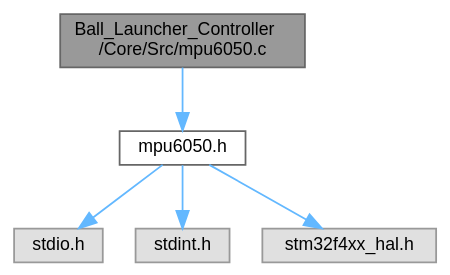
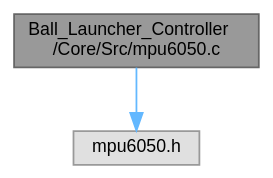
One commit to vvinhvvo98/Basketball-Launcher changed the diagram in docs/mpu6050_8c__incl.dot. Above: the diagram before and after it, drawn with Graphviz. The commit also changed 119 other files, not shown here.

```diff
--- a/docs/mpu6050_8c__incl.dot
+++ b/docs/mpu6050_8c__incl.dot
@@ -1,16 +1,10 @@
 digraph "Ball_Launcher_Controller/Core/Src/mpu6050.c"
 {
  // LATEX_PDF_SIZE
   bgcolor="transparent";
   edge [fontname=Helvetica,fontsize=10,labelfontname=Helvetica,labelfontsize=10];
   node [fontname=Helvetica,fontsize=10,shape=box,height=0.2,width=0.4];
   Node1 [id="Node000001",label="Ball_Launcher_Controller\l/Core/Src/mpu6050.c",height=0.2,width=0.4,color="gray40", fillcolor="grey60", style="filled", fontcolor="black",tooltip="Implementation of mpu6050 sensor functions."];
   Node1 -> Node2 [id="edge1_Node000001_Node000002",color="steelblue1",style="solid",tooltip=" "];
-  Node2 [id="Node000002",label="mpu6050.h",height=0.2,width=0.4,color="grey40", fillcolor="white", style="filled",URL="$mpu6050_8h.html",tooltip="Header for mpu6050.c file. This file contains the common defines of the application."];
-  Node2 -> Node3 [id="edge2_Node000002_Node000003",color="steelblue1",style="solid",tooltip=" "];
-  Node3 [id="Node000003",label="stdio.h",height=0.2,width=0.4,color="grey60", fillcolor="#E0E0E0", style="filled",tooltip=" "];
-  Node2 -> Node4 [id="edge3_Node000002_Node000004",color="steelblue1",style="solid",tooltip=" "];
-  Node4 [id="Node000004",label="stdint.h",height=0.2,width=0.4,color="grey60", fillcolor="#E0E0E0", style="filled",tooltip=" "];
-  Node2 -> Node5 [id="edge4_Node000002_Node000005",color="steelblue1",style="solid",tooltip=" "];
-  Node5 [id="Node000005",label="stm32f4xx_hal.h",height=0.2,width=0.4,color="grey60", fillcolor="#E0E0E0", style="filled",tooltip=" "];
+  Node2 [id="Node000002",label="mpu6050.h",height=0.2,width=0.4,color="grey60", fillcolor="#E0E0E0", style="filled",tooltip=" "];
 }
```
